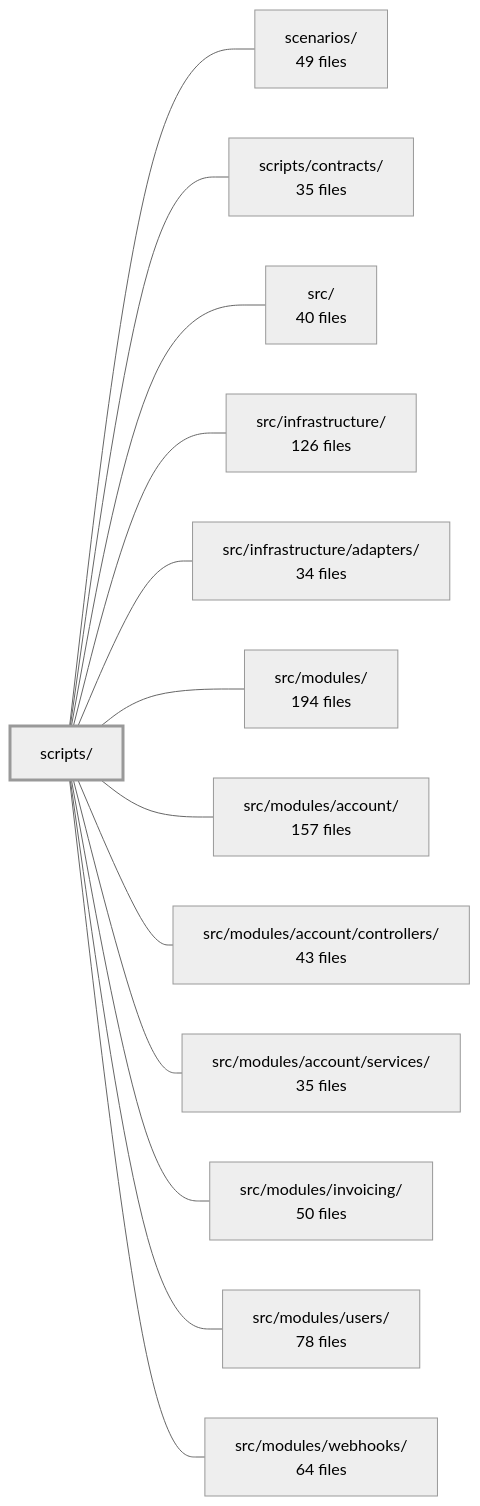
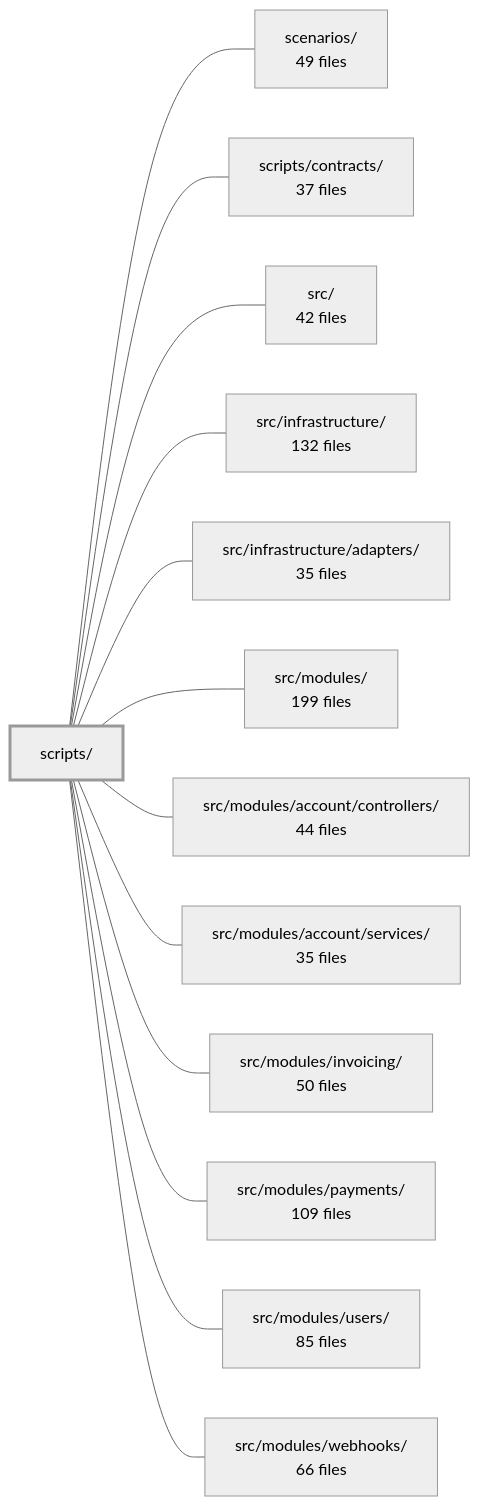
The diagram in .2brain/modules/boilerplate-node-backend_scripts.md (Guebbit/boilerplate-node-backend), drawn with Mermaid (neutral theme) before and after one commit. The commit also changed other lines of this file and 1102 other files, not shown here.

````diff
--- a/.2brain/modules/boilerplate-node-backend_scripts.md
+++ b/.2brain/modules/boilerplate-node-backend_scripts.md
@@ -42,29 +42,29 @@
 ```mermaid
 flowchart LR
     m_scripts["scripts/"]
     m_scenarios["scenarios/<br/>49 files"]
-    m_scripts_contracts["scripts/contracts/<br/>35 files"]
-    m_src["src/<br/>40 files"]
-    m_src_infrastructure["src/infrastructure/<br/>126 files"]
-    m_src_infrastructure_adapters["src/infrastructure/adapters/<br/>34 files"]
-    m_src_modules["src/modules/<br/>194 files"]
-    m_src_modules_account["src/modules/account/<br/>157 files"]
-    m_src_modules_account_controllers["src/modules/account/controllers/<br/>43 files"]
+    m_scripts_contracts["scripts/contracts/<br/>37 files"]
+    m_src["src/<br/>42 files"]
+    m_src_infrastructure["src/infrastructure/<br/>132 files"]
+    m_src_infrastructure_adapters["src/infrastructure/adapters/<br/>35 files"]
+    m_src_modules["src/modules/<br/>199 files"]
+    m_src_modules_account_controllers["src/modules/account/controllers/<br/>44 files"]
     m_src_modules_account_services["src/modules/account/services/<br/>35 files"]
     m_src_modules_invoicing["src/modules/invoicing/<br/>50 files"]
-    m_src_modules_users["src/modules/users/<br/>78 files"]
-    m_src_modules_webhooks["src/modules/webhooks/<br/>64 files"]
+    m_src_modules_payments["src/modules/payments/<br/>109 files"]
+    m_src_modules_users["src/modules/users/<br/>85 files"]
+    m_src_modules_webhooks["src/modules/webhooks/<br/>66 files"]
     m_scripts --- m_scenarios
     m_scripts --- m_scripts_contracts
     m_scripts --- m_src
     m_scripts --- m_src_infrastructure
     m_scripts --- m_src_infrastructure_adapters
     m_scripts --- m_src_modules
-    m_scripts --- m_src_modules_account
     m_scripts --- m_src_modules_account_controllers
     m_scripts --- m_src_modules_account_services
     m_scripts --- m_src_modules_invoicing
+    m_scripts --- m_src_modules_payments
     m_scripts --- m_src_modules_users
     m_scripts --- m_src_modules_webhooks
     style m_scripts stroke-width:3px
 ```
````
